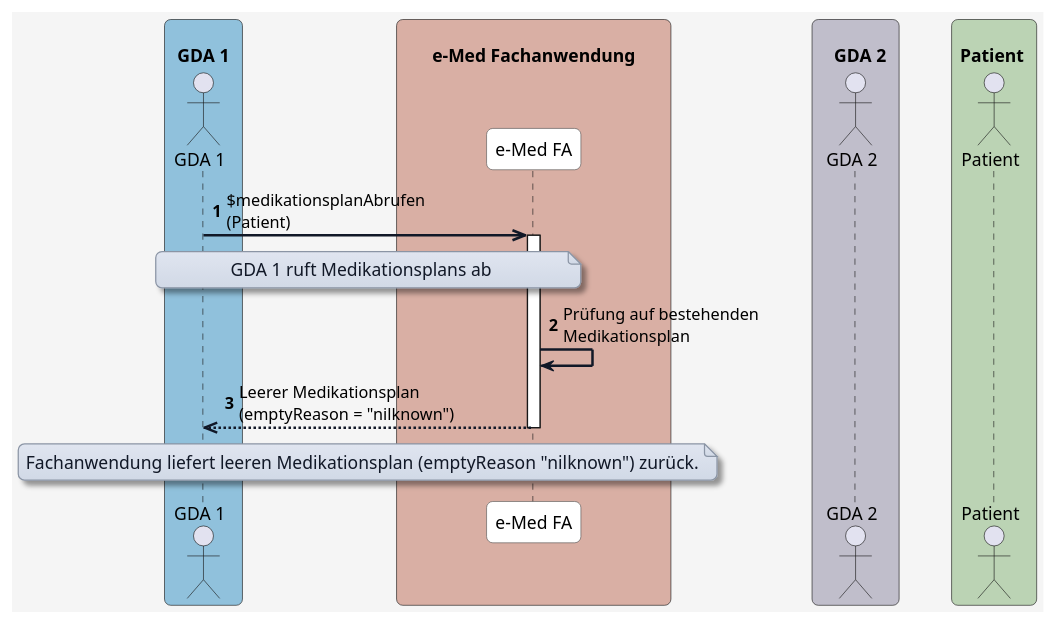
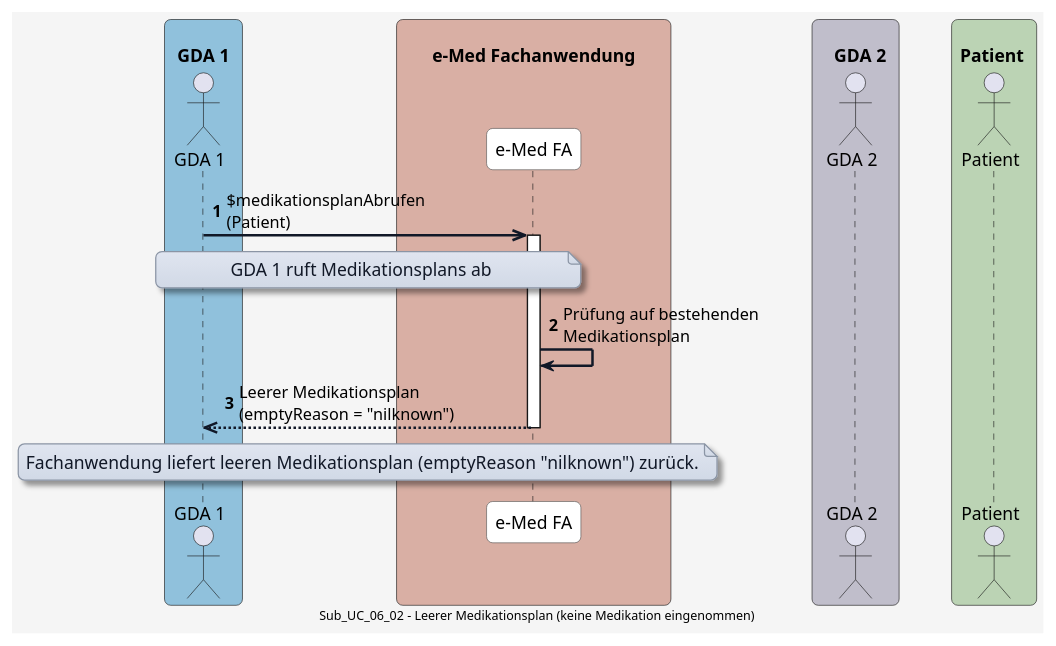
Before and after one commit to HL7Austria/ELGA-e-Medikation-R4: the diagram in input/images-source/UC_06_02.plantuml, drawn with PlantUML. The commit also changed 6 other files, not shown here.

Commit message:
Update Sub_UC_06_03 - Medikationsplaneintrag in Medikationsplan hinzufügen + diagrams

```diff
--- a/input/images-source/UC_06_02.plantuml
+++ b/input/images-source/UC_06_02.plantuml
@@ -1,77 +1,79 @@
 @startuml
 skinparam borderColor #000000
 skinparam backgroundColor #f5f5f5
 skinparam shadowing false
 skinparam roundCorner 10
 skinparam defaultFontName "Arial"
 skinparam defaultFontSize 14
 skinparam defaultFontColor #000000
 
 skinparam note {
   BackgroundColor #e0e5f0-#d1d9e6
   BorderColor #8b95a5
   BorderThickness 1
   RoundCorner 8
   Padding 6
   FontColor #111827
   Shadowing true
 }
 
 skinparam HyperlinkColor #0000EE
 skinparam HyperlinkUnderline false
 
 skinparam sequence {
   ParticipantBorderColor #555555
   ParticipantBackgroundColor #ffffff
   ParticipantFontColor #000000
   ParticipantFontSize 14
   ParticipantPadding 20
   ArrowColor #111827
   ArrowThickness 2
   ArrowFontColor #000000
   ArrowFontSize 13
   GroupBorderColor #111827
   GroupBackgroundColor #f3f4f6
   GroupBorderThickness 1
 }
 
 skinparam BoxPadding 20
 skinparam BoxBorderColor #555555
 
 box "\n  GDA 1  " #90C1DC
   actor GDA_1 as "GDA 1"
 end box
 
 box "\n       e-Med Fachanwendung       " #D9AFA4
   participant eMed_FA as "e-Med FA"
 end box
 
 box "\n    GDA 2  " #C0BECB
   actor GDA_2 as "GDA 2"
 end box
 
 box "\n Patient  " #BBD3B4
   actor Patient as "Patient"
 end box
 
 autonumber
 
 
 GDA_1 ->> eMed_FA: $medikationsplanAbrufen\n(Patient)
 
 note over GDA_1, eMed_FA
 GDA 1 ruft Medikationsplans ab
 end note
 
 activate eMed_FA
 eMed_FA -> eMed_FA: Prüfung auf bestehenden\nMedikationsplan
 
 eMed_FA -->> GDA_1: Leerer Medikationsplan\n(emptyReason = "nilknown")
 
 deactivate eMed_FA
 
 note over GDA_1, eMed_FA
 Fachanwendung liefert leeren Medikationsplan (emptyReason "nilknown") zurück.
 end note
 
+center footer Sub_UC_06_02 - Leerer Medikationsplan (keine Medikation eingenommen)
+
 @enduml
```
